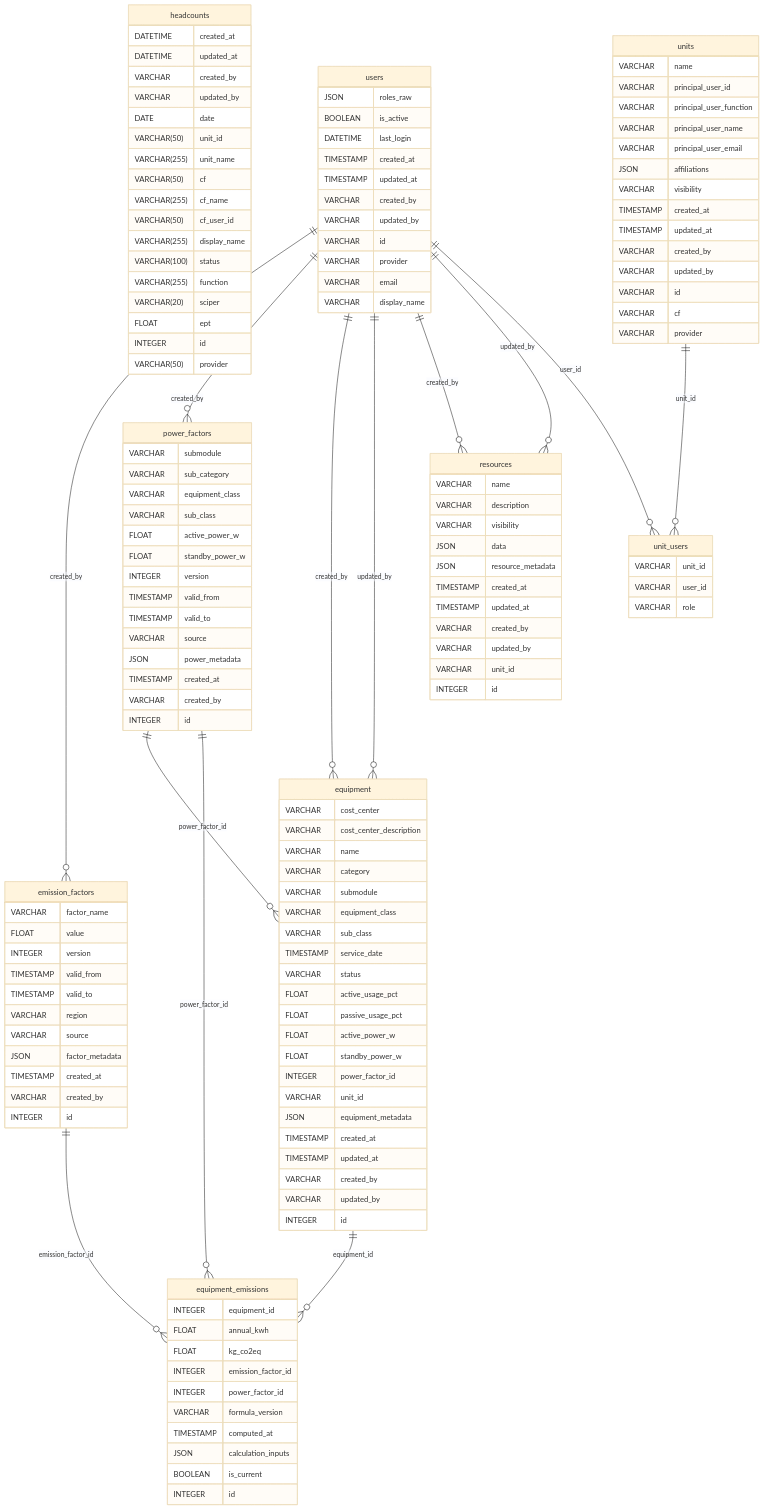
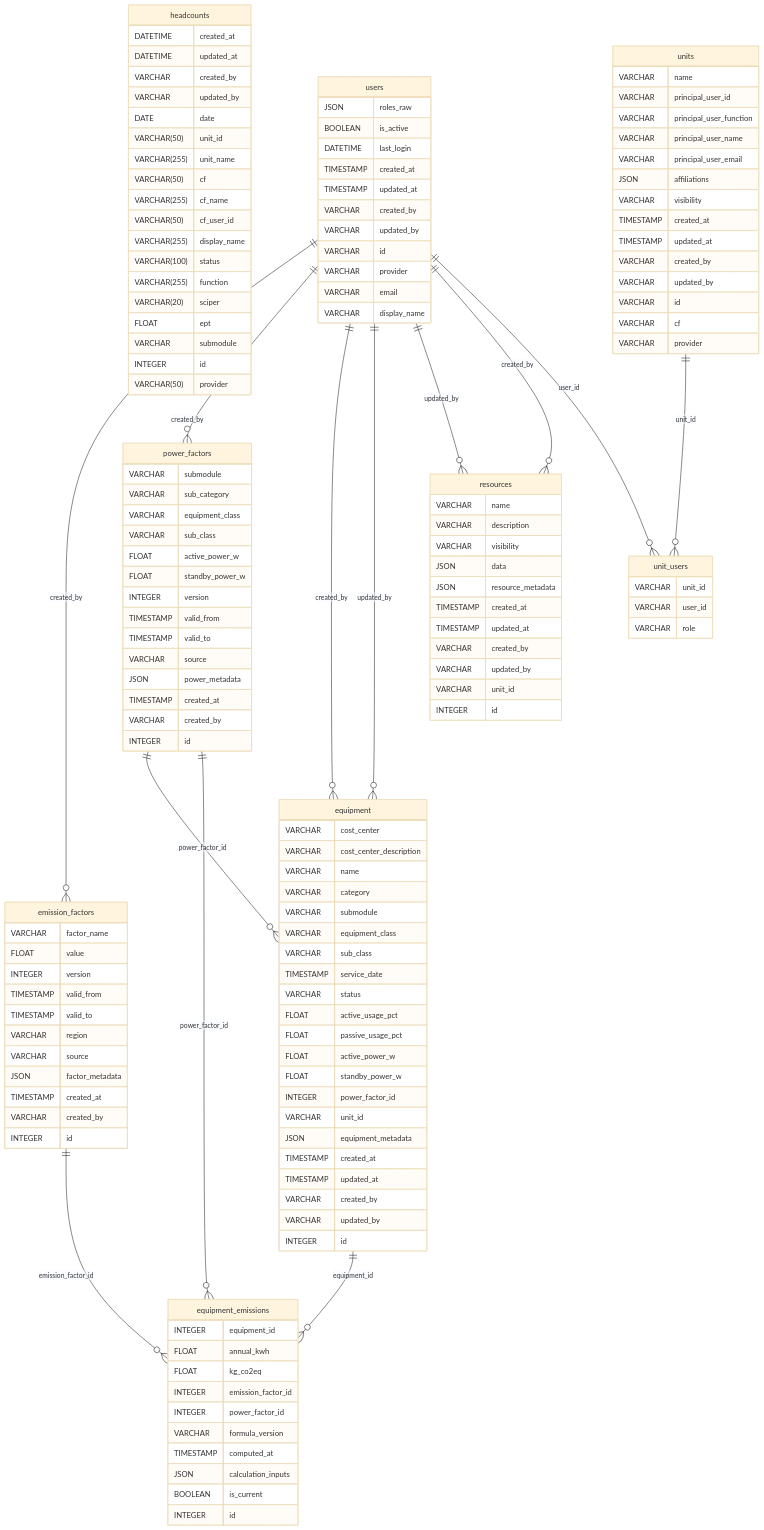
The diagram in docs/src/database/erd.md (EPFL-ENAC/co2-calculator), drawn with Mermaid (base theme) before and after one commit. The commit also changed other lines of this file and 18 other files, not shown here.

````diff
--- a/docs/src/database/erd.md
+++ b/docs/src/database/erd.md
@@ -82,6 +81,7 @@
     VARCHAR(255) function
     VARCHAR(20) sciper
     FLOAT ept
+    VARCHAR submodule
     INTEGER id
     VARCHAR(50) provider
   }
@@ -135,13 +135,13 @@
   users ||--}o emission_factors : created_by
   users ||--}o power_factors : created_by
   users ||--}o equipment : created_by
+  power_factors ||--}o equipment : power_factor_id
   users ||--}o equipment : updated_by
-  power_factors ||--}o equipment : power_factor_id
   emission_factors ||--}o equipment_emissions : emission_factor_id
   equipment ||--}o equipment_emissions : equipment_id
   power_factors ||--}o equipment_emissions : power_factor_id
+  users ||--}o resources : updated_by
   users ||--}o resources : created_by
-  users ||--}o resources : updated_by
   users ||--}o unit_users : user_id
   units ||--}o unit_users : unit_id
 ```
````
